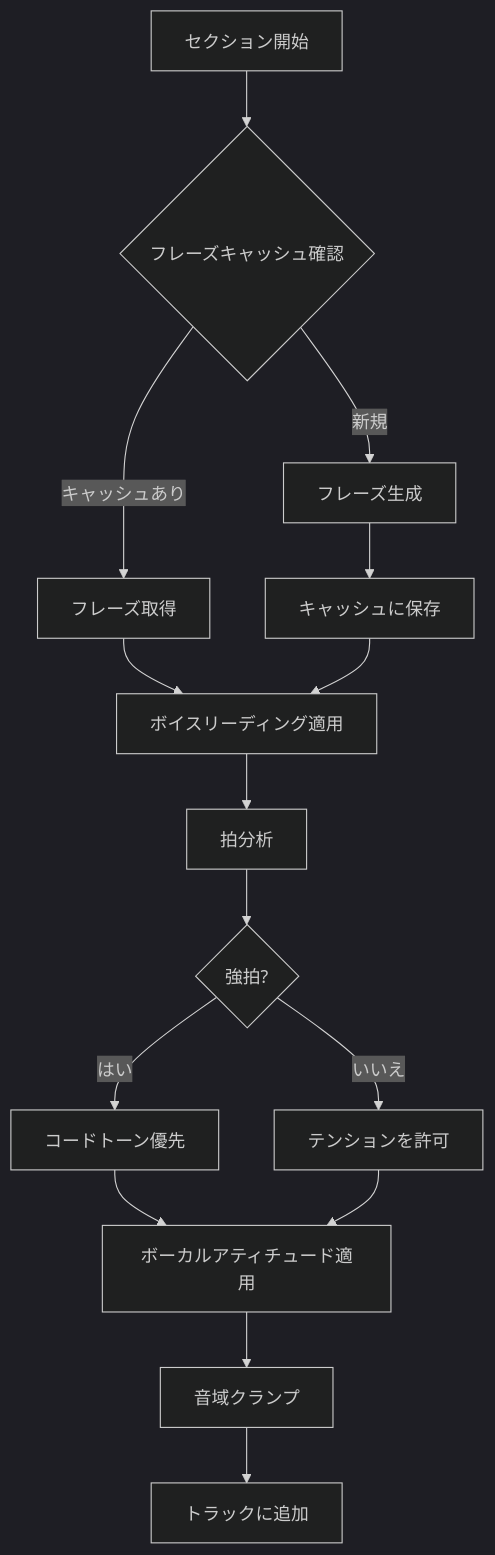
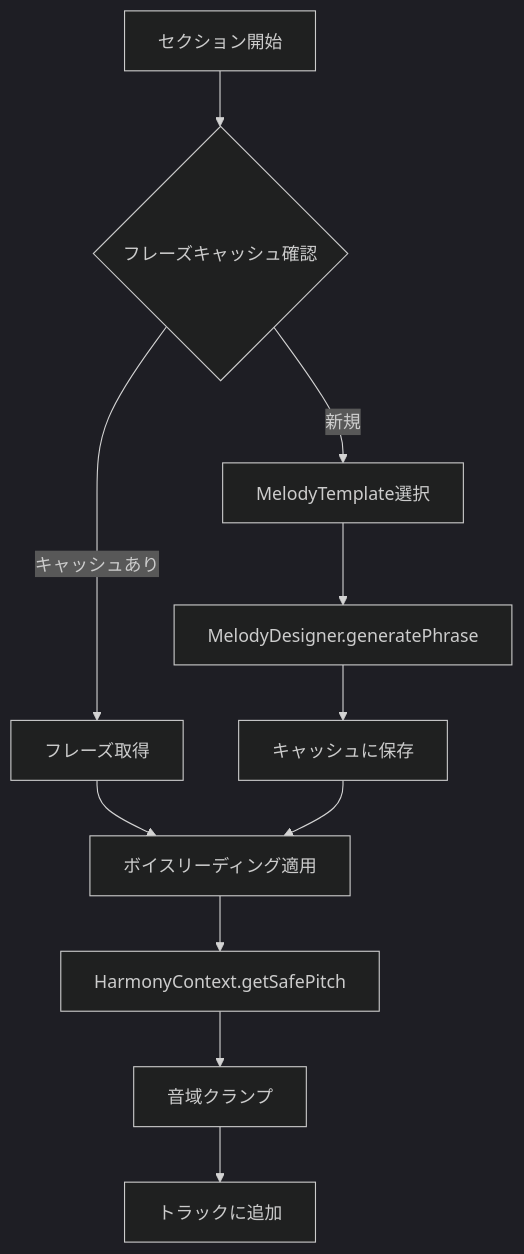
The second of 7 diagrams in ja/docs/track-generators.md (libraz/midi-sketch-homepage), drawn with Mermaid (dark theme) before and after one commit. The commit also changed other lines of this file and 25 other files, not shown here.

````diff
--- a/ja/docs/track-generators.md
+++ b/ja/docs/track-generators.md
@@ -37,17 +81,13 @@
 ```mermaid
 flowchart TD
     A[セクション開始] --> B{フレーズキャッシュ確認}
     B -->|キャッシュあり| C[フレーズ取得]
-    B -->|新規| D[フレーズ生成]
-    D --> E[キャッシュに保存]
-    C --> F[ボイスリーディング適用]
-    E --> F
-    F --> G[拍分析]
-    G --> H{強拍?}
-    H -->|はい| I[コードトーン優先]
-    H -->|いいえ| J[テンションを許可]
-    I --> K[ボーカルアティチュード適用]
-    J --> K
-    K --> L[音域クランプ]
-    L --> M[トラックに追加]
+    B -->|新規| D[MelodyTemplate選択]
+    D --> E[MelodyDesigner.generatePhrase]
+    E --> F[キャッシュに保存]
+    C --> G[ボイスリーディング適用]
+    F --> G
+    G --> H[HarmonyContext.getSafePitch]
+    H --> I[音域クランプ]
+    I --> J[トラックに追加]
 ```
````
